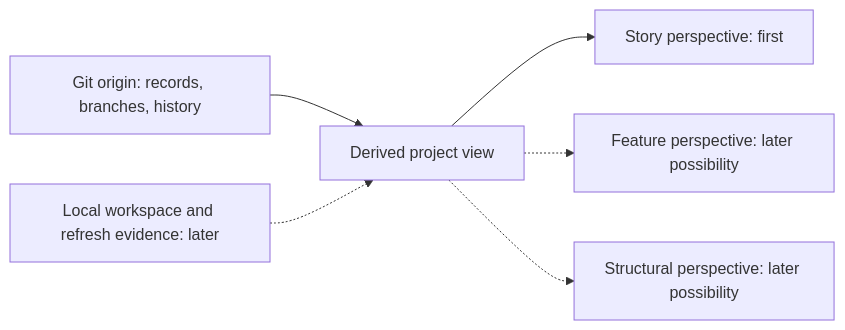
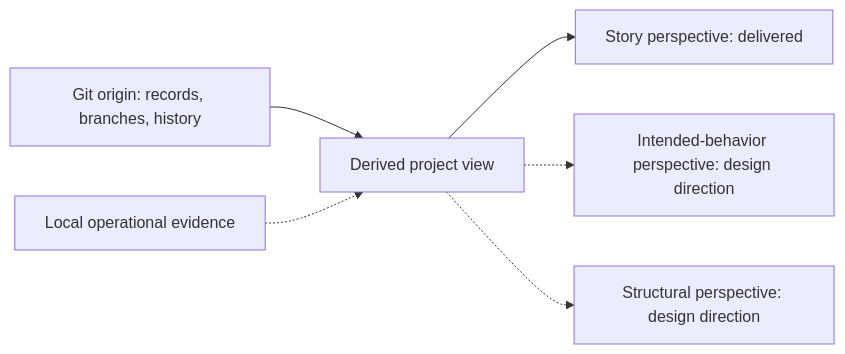
One commit to terryyin/open-dough changed the diagram in docs/adrs/0008-project-dashboard-domain-and-architecture-accepted.md. Above: the diagram before and after it, drawn with Mermaid. The commit also changed other lines of this file and 6 other files, not shown here.

````diff
--- a/docs/adrs/0008-project-dashboard-domain-and-architecture-accepted.md
+++ b/docs/adrs/0008-project-dashboard-domain-and-architecture-accepted.md
@@ -121,8 +137,8 @@
 ```mermaid
 flowchart LR
     G["Git origin: records, branches, history"] --> V["Derived project view"]
-    L["Local workspace and refresh evidence: later"] -.-> V
-    V --> S["Story perspective: first"]
-    V -.-> F["Feature perspective: later possibility"]
-    V -.-> A["Structural perspective: later possibility"]
+    L["Local operational evidence"] -.-> V
+    V --> S["Story perspective: delivered"]
+    V -.-> F["Intended-behavior perspective: design direction"]
+    V -.-> A["Structural perspective: design direction"]
 ```
````
